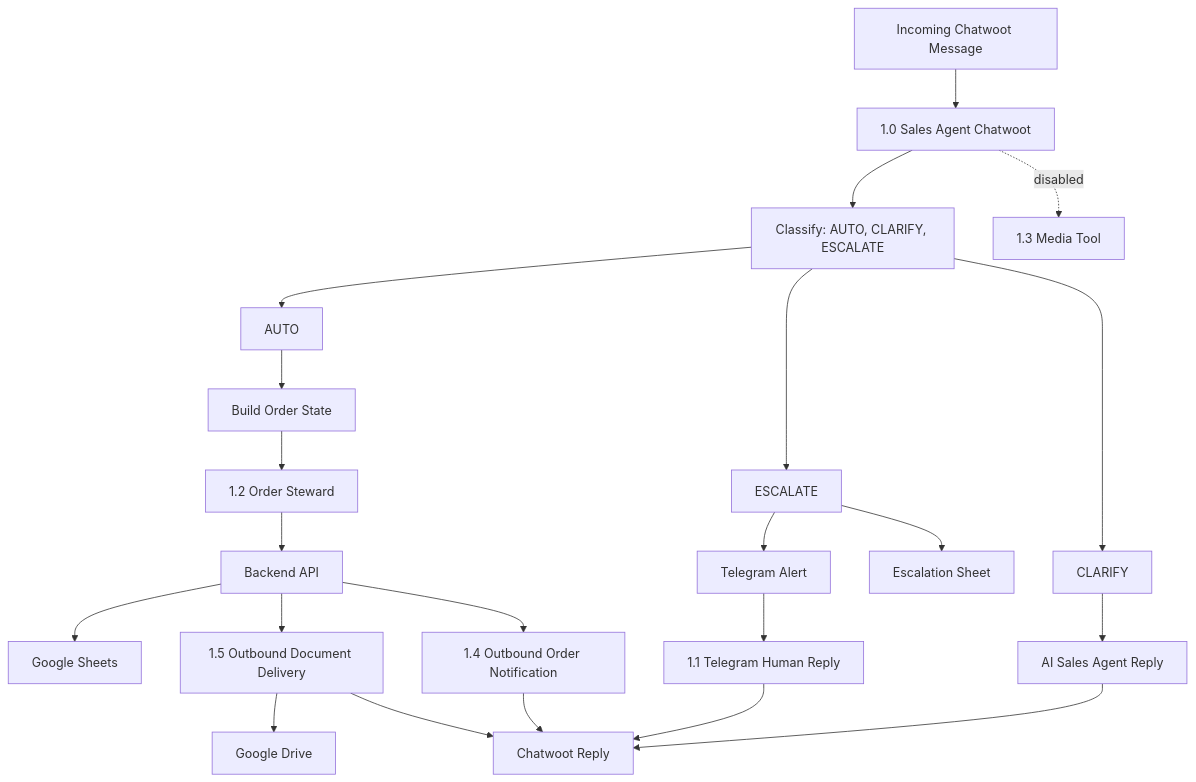
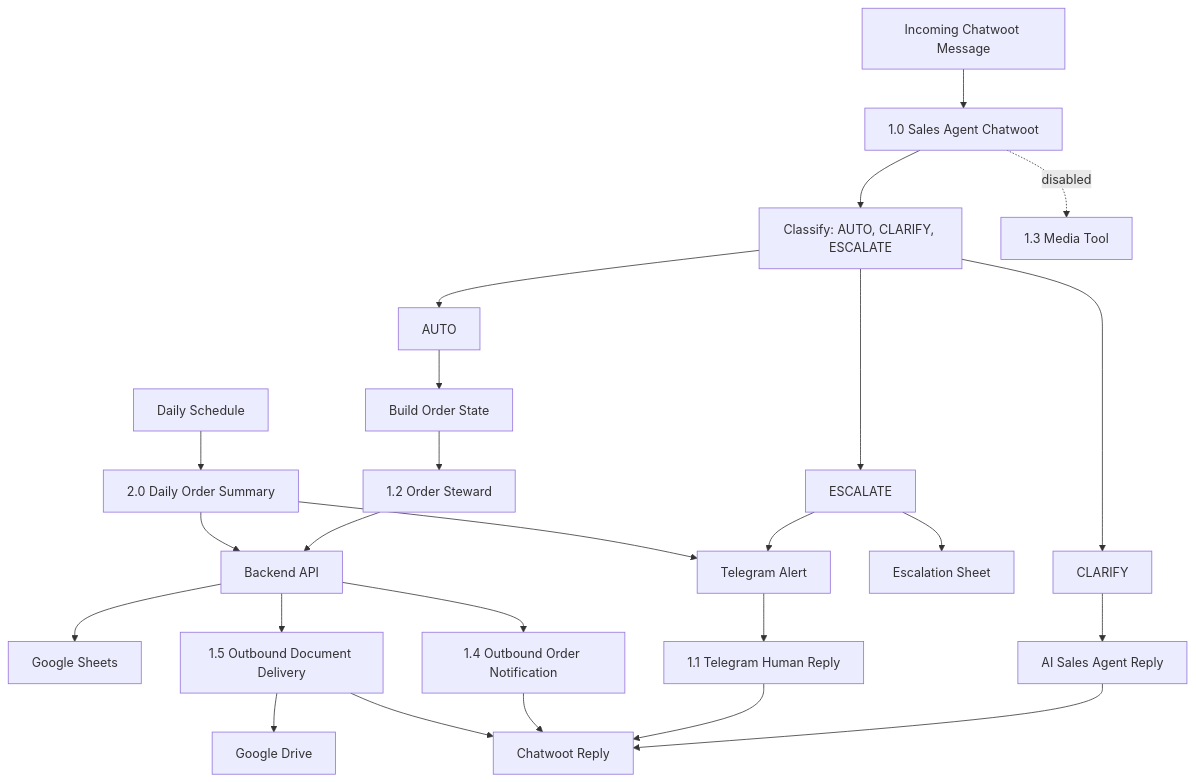
The diagram in docs/04-n8n/WORKFLOW_MAP.md (Crewless9086/amadeus-pig-tracking-system), drawn with Mermaid before and after one commit. The commit also changed other lines of this file and 13 other files, not shown here.

Commit message:
Codex - Phase 2.7 - Daily Summary

````diff
--- a/docs/04-n8n/WORKFLOW_MAP.md
+++ b/docs/04-n8n/WORKFLOW_MAP.md
@@ -9,24 +9,27 @@
 ```mermaid
 flowchart TD
   incoming["Incoming Chatwoot Message"] --> wf10["1.0 Sales Agent Chatwoot"]
   wf10 --> classify["Classify: AUTO, CLARIFY, ESCALATE"]
   classify --> autoPath[AUTO]
   classify --> clarifyPath[CLARIFY]
   classify --> escalatePath[ESCALATE]
   autoPath --> orderState["Build Order State"]
   orderState --> wf12["1.2 Order Steward"]
   wf12 --> backend["Backend API"]
   backend --> sheets["Google Sheets"]
   clarifyPath --> salesAgent["AI Sales Agent Reply"]
   salesAgent --> chatwootReply["Chatwoot Reply"]
   escalatePath --> handoffSheet["Escalation Sheet"]
   escalatePath --> telegramAlert["Telegram Alert"]
   telegramAlert --> wf11["1.1 Telegram Human Reply"]
   wf11 --> chatwootReply
   wf10 -. disabled .-> wf13["1.3 Media Tool"]
   backend --> wf14["1.4 Outbound Order Notification"]
   wf14 --> chatwootReply
   backend --> wf15["1.5 Outbound Document Delivery"]
   wf15 --> googleDrive["Google Drive"]
   wf15 --> chatwootReply
+  schedule["Daily Schedule"] --> wf20["2.0 Daily Order Summary"]
+  wf20 --> backend
+  wf20 --> telegramAlert
 ```
````
